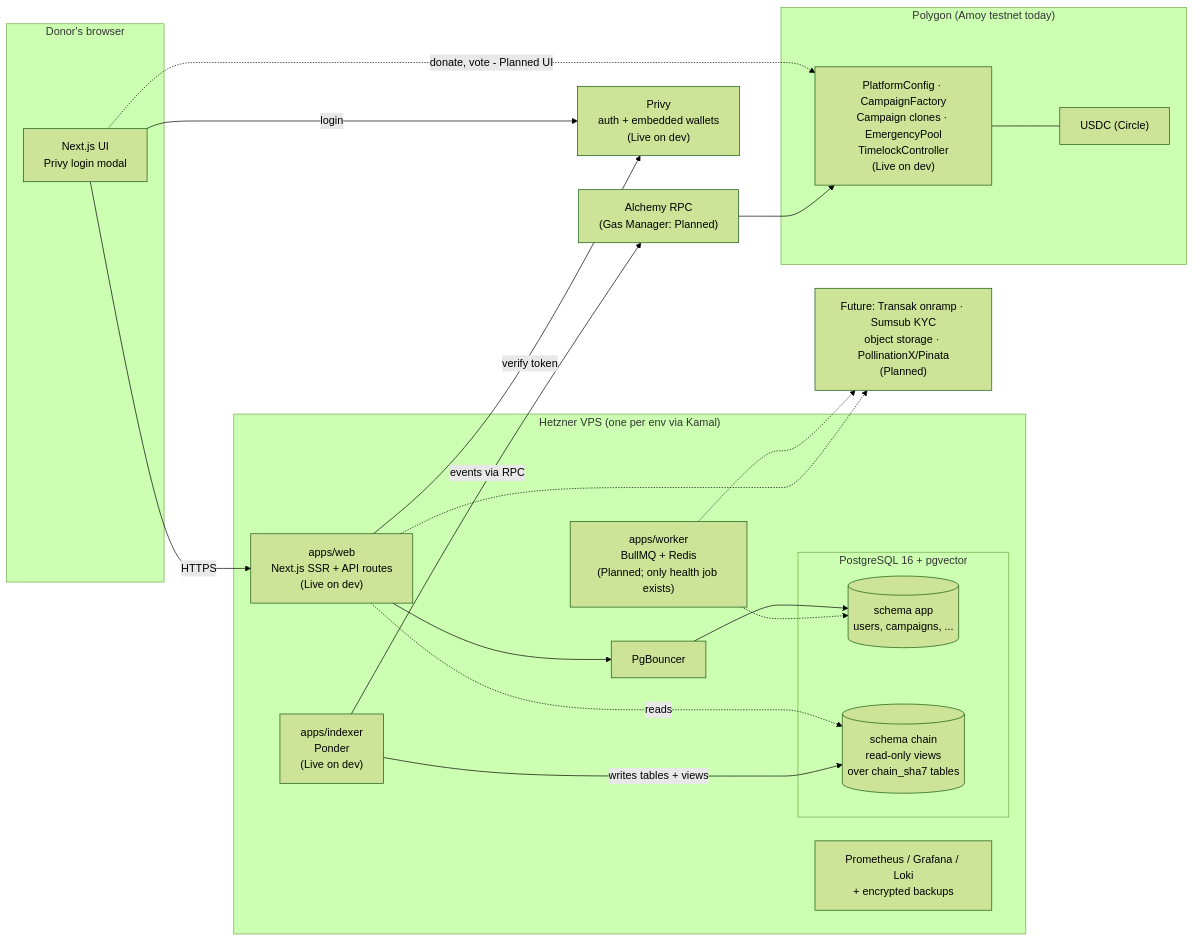
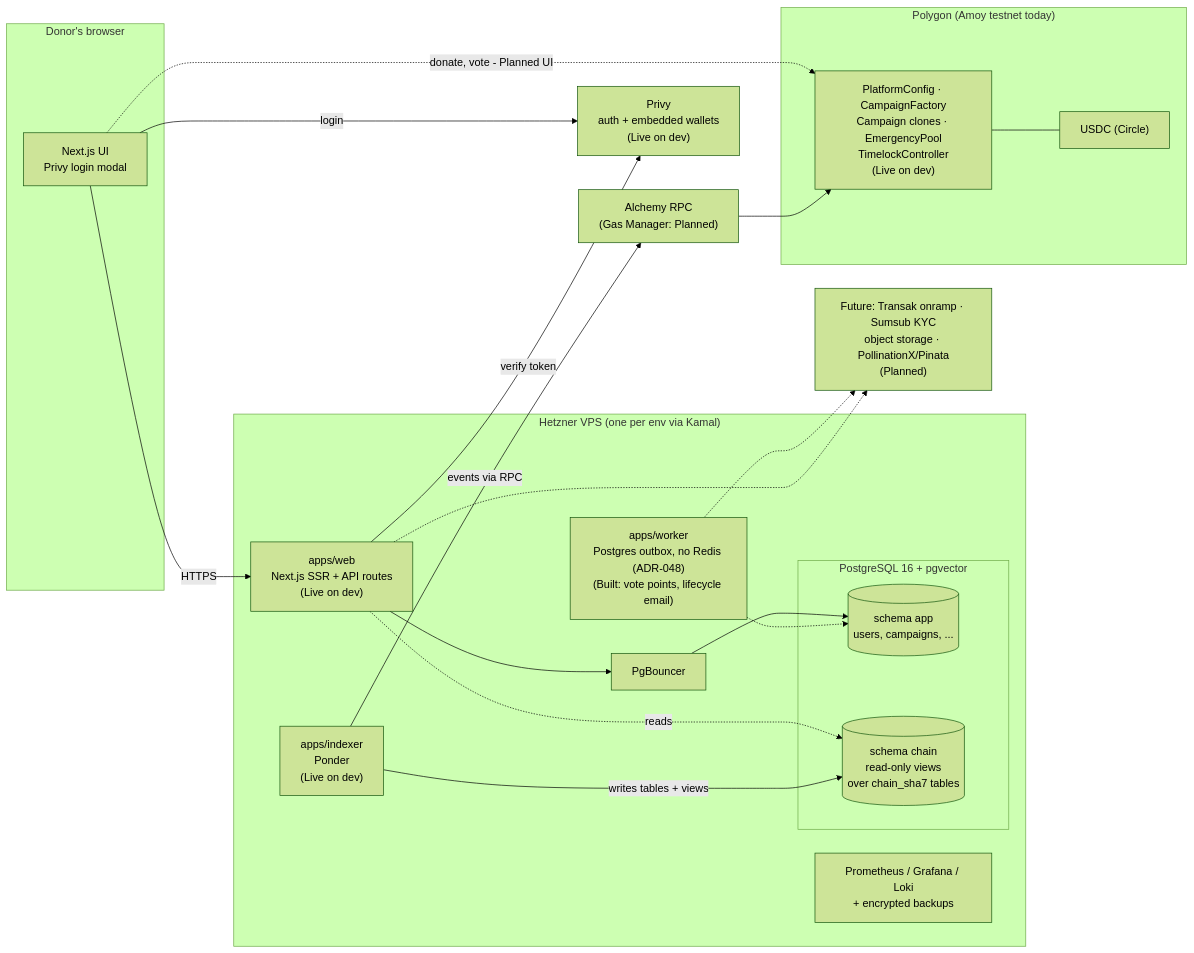
Before and after one commit to DataVallis-CHERR-IO/web3-platform: the second of 2 diagrams in docs/technical/01-system-overview.md, drawn with Mermaid (forest theme). The commit also changed other lines of this file and 29 other files, not shown here.

First line of the commit message:
feat(worker): lifecycle email outbox and vote points without Redis (TASK-033e part 1, ADR-048)

````diff
--- a/docs/technical/01-system-overview.md
+++ b/docs/technical/01-system-overview.md
@@ -196,40 +196,40 @@
 ```mermaid
 flowchart LR
     subgraph Client["Donor's browser"]
         B["Next.js UI<br/>Privy login modal"]
     end
 
     subgraph Server["Hetzner VPS (one per env via Kamal)"]
         W["apps/web<br/>Next.js SSR + API routes<br/>(Live on dev)"]
         PGB["PgBouncer"]
         subgraph PG["PostgreSQL 16 + pgvector"]
             APP[("schema app<br/>users, campaigns, ...")]
             CH[("schema chain<br/>read-only views<br/>over chain_sha7 tables")]
         end
         IDX["apps/indexer<br/>Ponder<br/>(Live on dev)"]
-        WK["apps/worker<br/>BullMQ + Redis<br/>(Planned; only health job exists)"]
+        WK["apps/worker<br/>Postgres outbox, no Redis (ADR-048)<br/>(Built: vote points, lifecycle email)"]
         MON["Prometheus / Grafana / Loki<br/>+ encrypted backups"]
     end
 
     subgraph Chain["Polygon (Amoy testnet today)"]
         SC["PlatformConfig · CampaignFactory<br/>Campaign clones · EmergencyPool<br/>TimelockController<br/>(Live on dev)"]
         USDC["USDC (Circle)"]
     end
 
     PRIVY["Privy<br/>auth + embedded wallets<br/>(Live on dev)"]
     ALC["Alchemy RPC<br/>(Gas Manager: Planned)"]
     FUT["Future: Transak onramp · Sumsub KYC<br/>object storage · PollinationX/Pinata<br/>(Planned)"]
 
     B -->|HTTPS| W
     B -->|login| PRIVY
     W -->|verify token| PRIVY
     W --> PGB --> APP
     W -.->|reads| CH
     B -.->|"donate, vote - Planned UI"| SC
     IDX -->|events via RPC| ALC --> SC
     IDX -->|writes tables + views| CH
     SC --- USDC
     WK -.-> APP
     WK -.-> FUT
     W -.-> FUT
 ```
````
